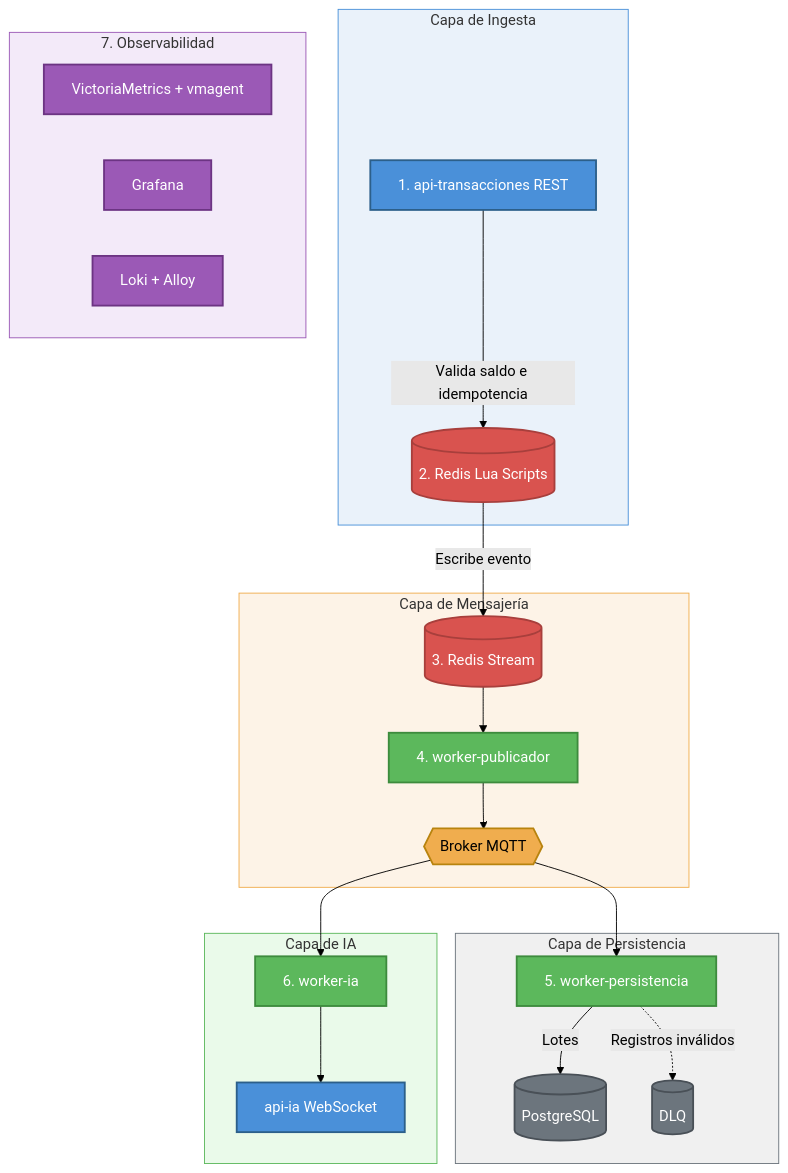
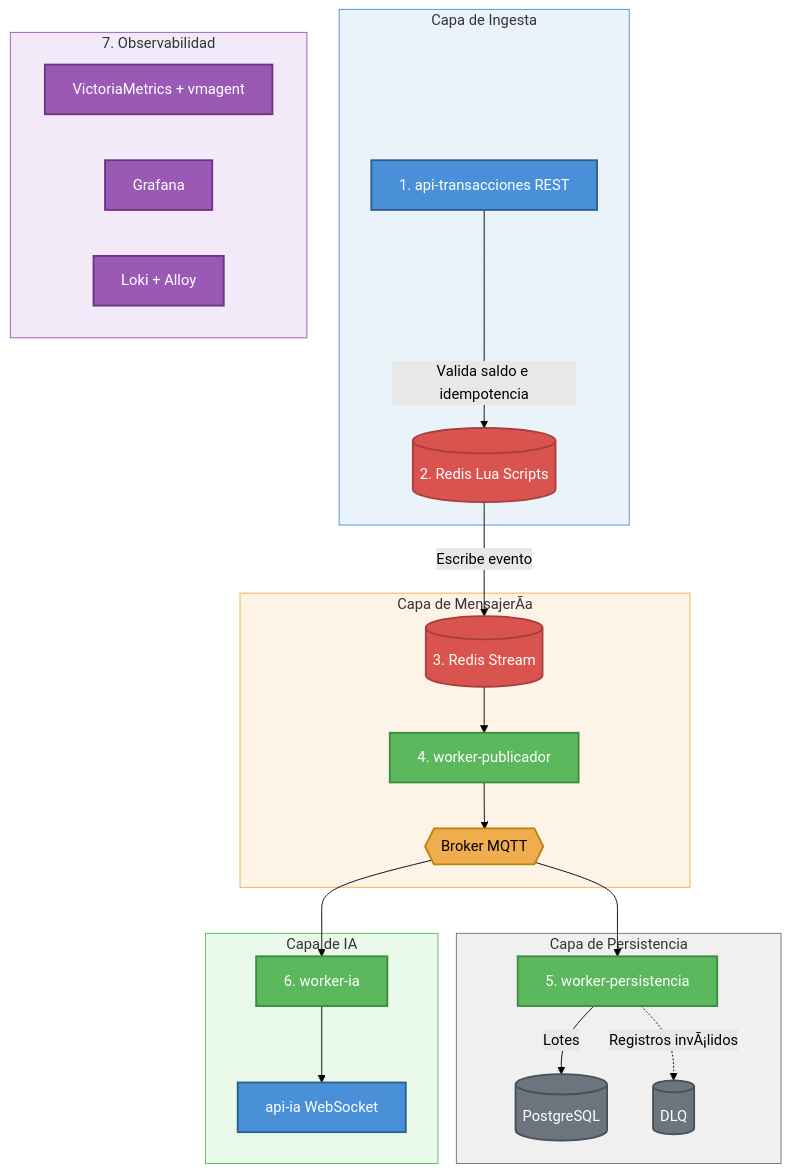
The diagram in README.md (Juanmanzan/RETO_TCS), drawn with Mermaid (forest theme) before and after one commit. The commit also changed other lines of this file and 6 other files, not shown here.

````diff
--- a/README.md
+++ b/README.md
@@ -30,62 +30,62 @@
 ```mermaid
 graph TD
     subgraph Ingesta["Capa de Ingesta"]
         API["1. api-transacciones REST"]
         REDIS[("2. Redis Lua Scripts")]
     end
 
-    subgraph Mensajeria["Capa de Mensajería"]
+    subgraph Mensajeria["Capa de MensajerÃ­a"]
         STREAM[("3. Redis Stream")]
         PUB["4. worker-publicador"]
         MQTT{{"Broker MQTT"}}
     end
 
     subgraph Persistencia["Capa de Persistencia"]
         PERSIST["5. worker-persistencia"]
         DB[("PostgreSQL")]
         DLQ[("DLQ")]
     end
 
     subgraph IA["Capa de IA"]
         WIA["6. worker-ia"]
         APIIA["api-ia WebSocket"]
     end
 
     subgraph Obs["7. Observabilidad"]
         VM["VictoriaMetrics + vmagent"]
         GRAF["Grafana"]
         LOKI["Loki + Alloy"]
     end
 
     API -->|"Valida saldo e idempotencia"| REDIS
     REDIS -->|"Escribe evento"| STREAM
     STREAM --> PUB
     PUB --> MQTT
 
     MQTT --> PERSIST
     PERSIST -->|"Lotes"| DB
-    PERSIST -.->|"Registros inválidos"| DLQ
+    PERSIST -.->|"Registros invÃ¡lidos"| DLQ
 
     MQTT --> WIA
     WIA --> APIIA
 
     classDef api fill:#4A90D9,stroke:#2C5F8A,color:#fff,stroke-width:2px
     classDef cache fill:#D9534F,stroke:#A83F3C,color:#fff,stroke-width:2px
     classDef worker fill:#5CB85C,stroke:#3D8B3D,color:#fff,stroke-width:2px
     classDef broker fill:#F0AD4E,stroke:#B8830E,color:#000,stroke-width:2px
     classDef db fill:#6C757D,stroke:#495057,color:#fff,stroke-width:2px
     classDef obs fill:#9B59B6,stroke:#6C3483,color:#fff,stroke-width:2px
 
     class API,APIIA api
     class REDIS,STREAM cache
     class PUB,PERSIST,WIA worker
     class MQTT broker
     class DB,DLQ db
     class VM,GRAF,LOKI obs
 
     style Ingesta fill:#EAF2FA,stroke:#4A90D9,stroke-width:1px
     style Mensajeria fill:#FDF3E7,stroke:#F0AD4E,stroke-width:1px
     style Persistencia fill:#F0F0F0,stroke:#6C757D,stroke-width:1px
     style IA fill:#EAFAEA,stroke:#5CB85C,stroke-width:1px
     style Obs fill:#F3EAF9,stroke:#9B59B6,stroke-width:1px
 ```
````
